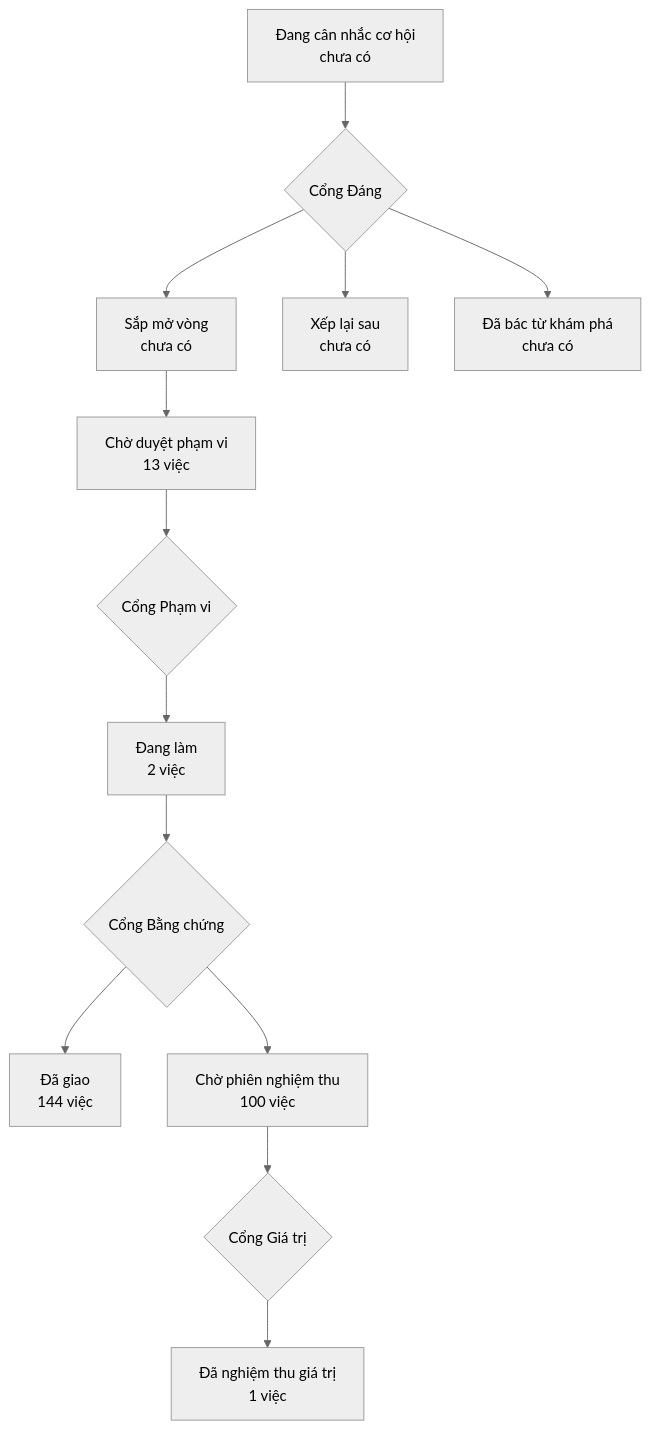
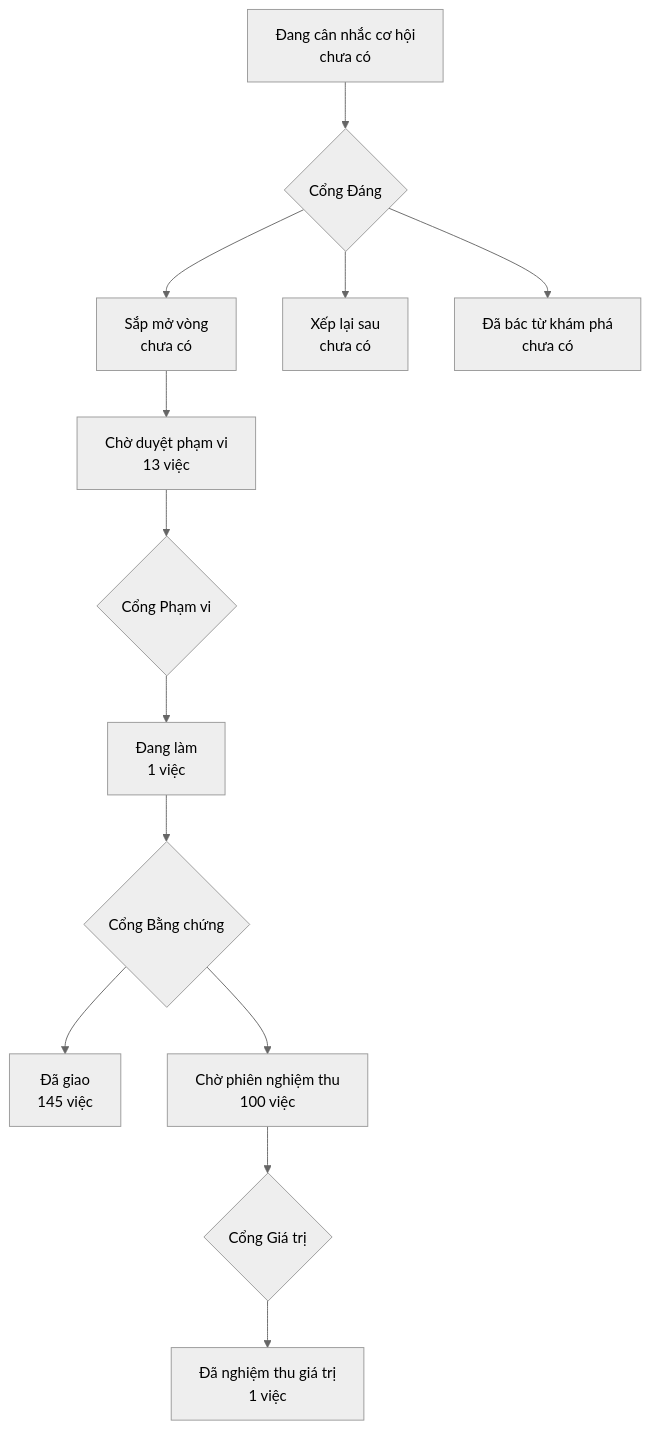
The diagram in PRODUCT-MAP.md (phanlemanh/onehub-invest), drawn with Mermaid (neutral theme) before and after one commit. The commit also changed 4 other files, not shown here.

````diff
--- a/PRODUCT-MAP.md
+++ b/PRODUCT-MAP.md
@@ -7,12 +7,12 @@
 ```mermaid
 flowchart TD
   A["Đang cân nhắc cơ hội<br/>chưa có"] --> GD{"Cổng Đáng"}
   GD --> B["Sắp mở vòng<br/>chưa có"]
   GD --> XL["Xếp lại sau<br/>chưa có"]
   GD --> DB["Đã bác từ khám phá<br/>chưa có"]
   B --> CD["Chờ duyệt phạm vi<br/>13 việc"] --> GP{"Cổng Phạm vi"}
-  GP --> DL["Đang làm<br/>2 việc"] --> GB{"Cổng Bằng chứng"}
-  GB --> DG["Đã giao<br/>144 việc"]
+  GP --> DL["Đang làm<br/>1 việc"] --> GB{"Cổng Bằng chứng"}
+  GB --> DG["Đã giao<br/>145 việc"]
   GB --> CN["Chờ phiên nghiệm thu<br/>100 việc"] --> GG{"Cổng Giá trị"}
   GG --> NT["Đã nghiệm thu giá trị<br/>1 việc"]
 ```
````
